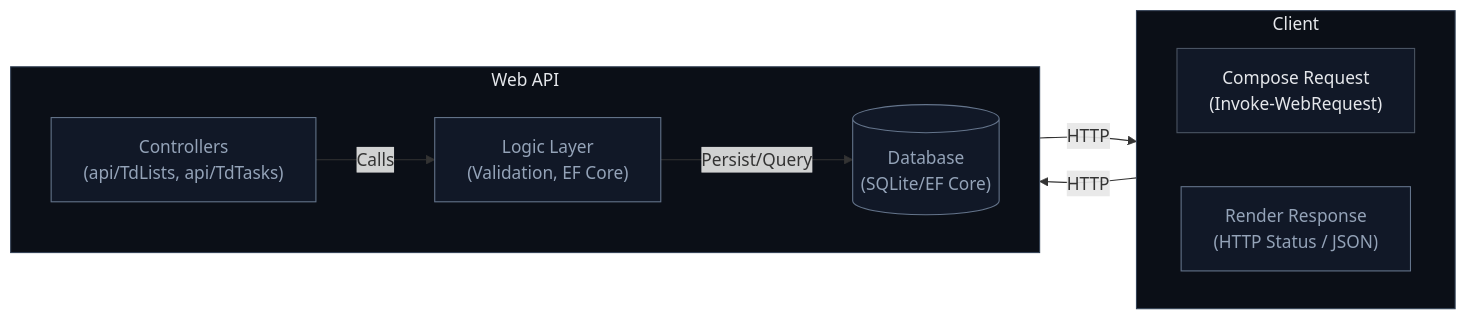
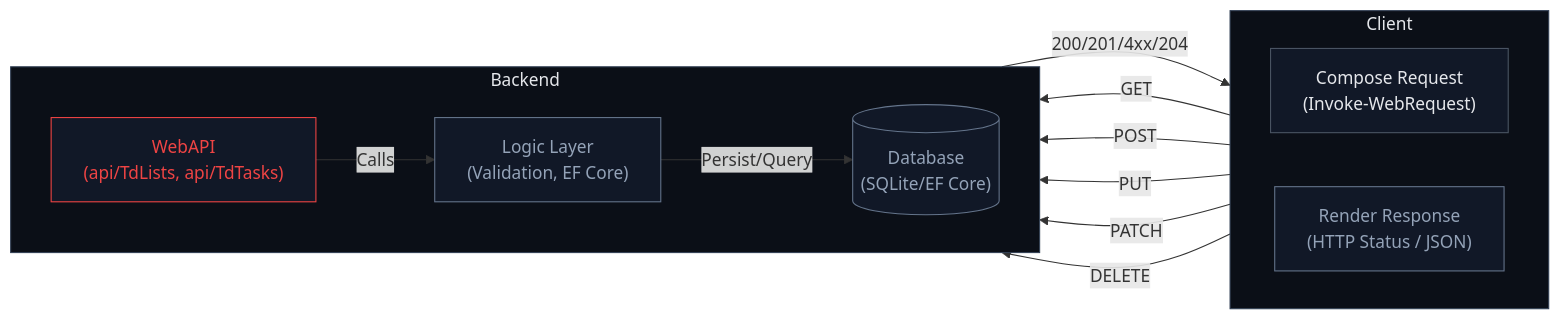
The diagram in docs/API_test_results_dokumentation.md (IxI-Enki/POSE_2025_26_uebung_02), drawn with Mermaid before and after one commit. The commit also changed 1 other file, not shown here.

Commit message:
docs: visualize request/response types in Mermaid; README links to API test documentation

````diff
--- a/docs/API_test_results_dokumentation.md
+++ b/docs/API_test_results_dokumentation.md
@@ -3,26 +3,35 @@
 ```mermaid
 flowchart LR
   classDef dark fill:#0b0f17,stroke:#334155,color:#e5e7eb;
   classDef node fill:#111827,stroke:#4b5563,color:#e5e7eb;
   classDef edge stroke:#64748b,color:#94a3b8;
+  classDef get stroke:#10b981,color:#10b981;
+  classDef post stroke:#3b82f6,color:#3b82f6;
+  classDef put stroke:#f59e0b,color:#f59e0b;
+  classDef patch stroke:#a855f7,color:#a855f7;
+  classDef del stroke:#ef4444,color:#ef4444;
 
   subgraph CLIENT[Client]
     direction LR
-    CReq["Compose Request\n(Invoke-WebRequest)"]:::node
-    CRes["Render Response\n(HTTP Status / JSON)"]:::node
+    CReq["Compose Request<br>(Invoke-WebRequest)"]:::node
+    CRes["Render Response<br>(HTTP Status / JSON)"]:::node
   end
 
-  subgraph API[Web API]
+  subgraph API[Backend]
     direction LR
-    Ctrl["Controllers\n(api/TdLists, api/TdTasks)"]:::node
-    Logic["Logic Layer\n(Validation, EF Core)"]:::node
-    DB[("Database\n(SQLite/EF Core)")]:::node
+    Ctrl["WebAPI<br>(api/TdLists, api/TdTasks)"]:::node
+    Logic["Logic Layer<br>(Validation, EF Core)"]:::node
+    DB[("Database<br>(SQLite/EF Core)")]:::node
   end
 
-  CReq -- HTTP --> Ctrl:::edge
+  CReq -- GET --> Ctrl:::get
+  CReq -- POST --> Ctrl:::post
+  CReq -- PUT --> Ctrl:::put
+  CReq -- PATCH --> Ctrl:::patch
+  CReq -- DELETE --> Ctrl:::del
   Ctrl -- Calls --> Logic:::edge
   Logic -- Persist/Query --> DB:::edge
-  Ctrl -- HTTP --> CRes:::edge
+  Ctrl -- 200/201/4xx/204 --> CRes:::edge
 
   class CLIENT,API dark;
 ```
````
